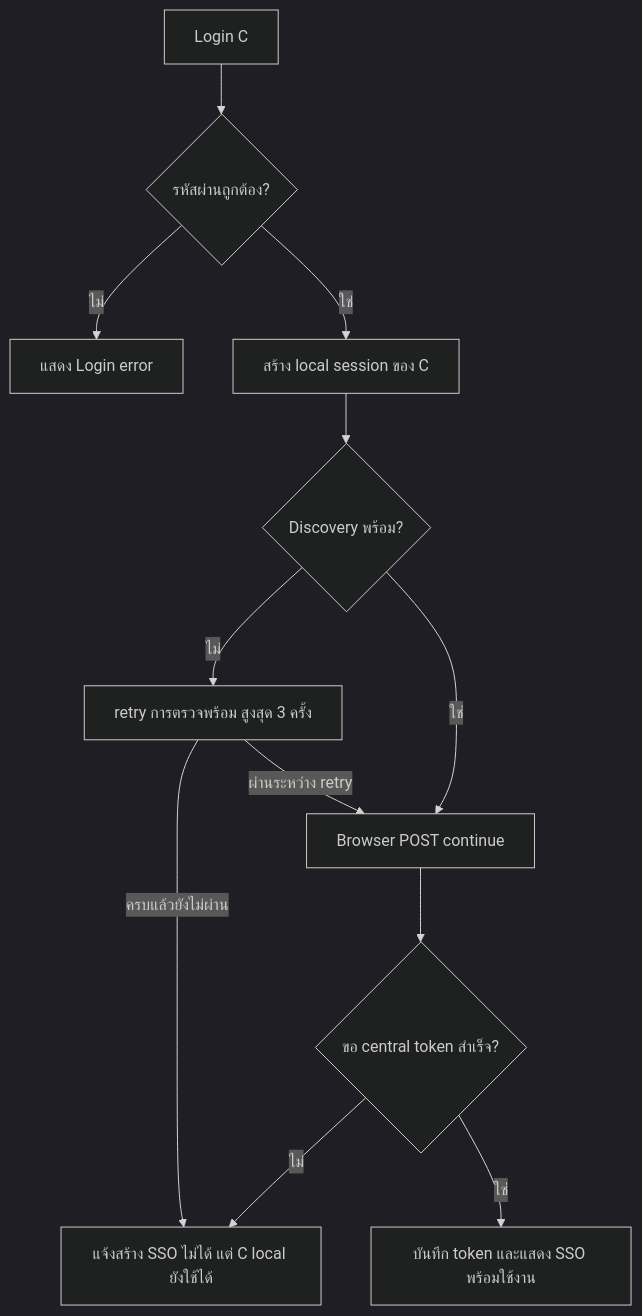
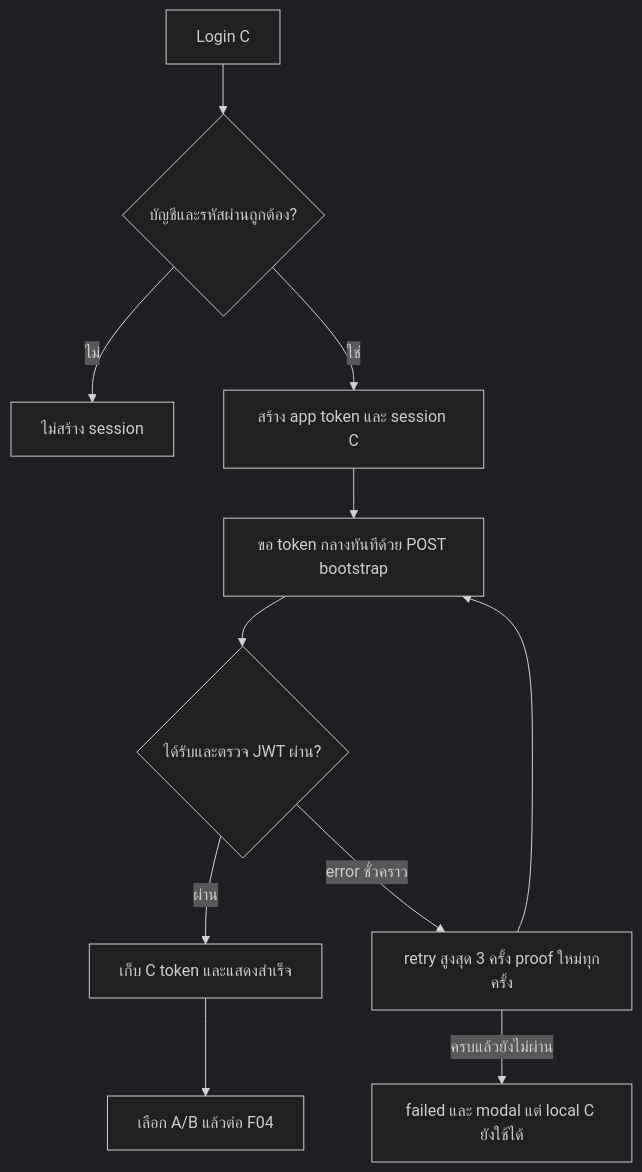
One commit to Sin1apachai/poc_sso changed the fourth of 20 diagrams in docs/flows/LOGIN-AND-SESSION.md. Above: the diagram before and after it, drawn with Mermaid (dark theme). The commit also changed other lines of this file and 149 other files, not shown here.

First line of the commit message:
Use one shared SSO token and simplify login handoff

````diff
--- a/docs/flows/LOGIN-AND-SESSION.md
+++ b/docs/flows/LOGIN-AND-SESSION.md
@@ -79,14 +72,13 @@
 ```mermaid
 flowchart TD
-    L[Login C] --> P{รหัสผ่านถูกต้อง?}
-    P -->|ไม่| E[แสดง Login error]
-    P -->|ใช่| C[สร้าง local session ของ C]
-    C --> D{Discovery พร้อม?}
-    D -->|ไม่| R[retry การตรวจพร้อม สูงสุด 3 ครั้ง]
-    R -->|ครบแล้วยังไม่ผ่าน| X[แจ้งสร้าง SSO ไม่ได้ แต่ C local ยังใช้ได้]
-    R -->|ผ่านระหว่าง retry| A
-    D -->|ใช่| A[Browser POST continue]
-    A --> T{ขอ central token สำเร็จ?}
-    T -->|ไม่| X
-    T -->|ใช่| H[บันทึก token และแสดง SSO พร้อมใช้งาน]
+    L[Login C] --> V{บัญชีและรหัสผ่านถูกต้อง?}
+    V -->|ไม่| E[ไม่สร้าง session]
+    V -->|ใช่| S[สร้าง app token และ session C]
+    S --> B[ขอ token กลางทันทีด้วย POST bootstrap]
+    B --> T{ได้รับและตรวจ JWT ผ่าน?}
+    T -->|ผ่าน| R[เก็บ C token และแสดงสำเร็จ]
+    T -->|error ชั่วคราว| Y[retry สูงสุด 3 ครั้ง proof ใหม่ทุกครั้ง]
+    Y --> B
+    Y -->|ครบแล้วยังไม่ผ่าน| F[failed และ modal แต่ local C ยังใช้ได้]
+    R --> A[เลือก A/B แล้วต่อ F04]
 ```
````
